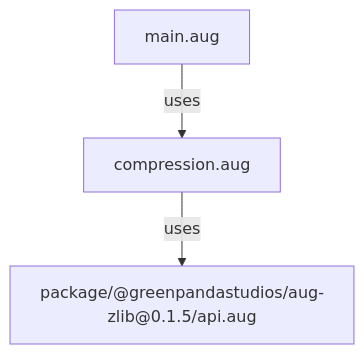
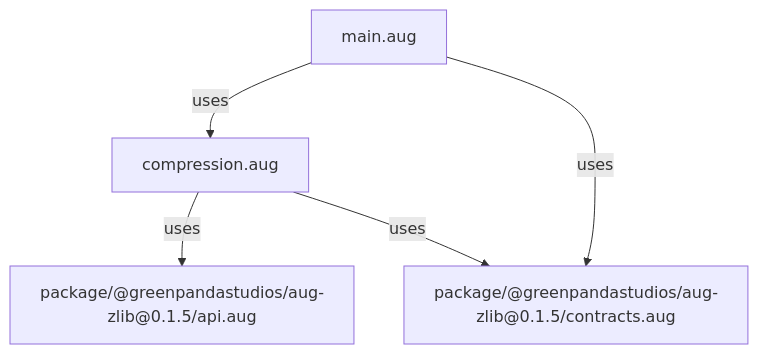
The second of 2 diagrams in docs/examples/native-zlib/diagrams/index.md (GreenPandaStudios/augscript), drawn with Mermaid before and after one commit. The commit also changed other lines of this file and 289 other files, not shown here.

Commit message:
Correct diagram control flow and complete generated wiki navigation

````diff
--- a/docs/examples/native-zlib/diagrams/index.md
+++ b/docs/examples/native-zlib/diagrams/index.md
@@ -30,8 +30,11 @@
 ```mermaid
 flowchart TD
     n0["compression.aug"]
     n1["main.aug"]
     n2["package/@greenpandastudios/aug-zlib@0.1.5/api.aug"]
+    n3["package/@greenpandastudios/aug-zlib@0.1.5/contracts.aug"]
     n0 -->|"uses"| n2
+    n0 -->|"uses"| n3
     n1 -->|"uses"| n0
+    n1 -->|"uses"| n3
 ```
````
